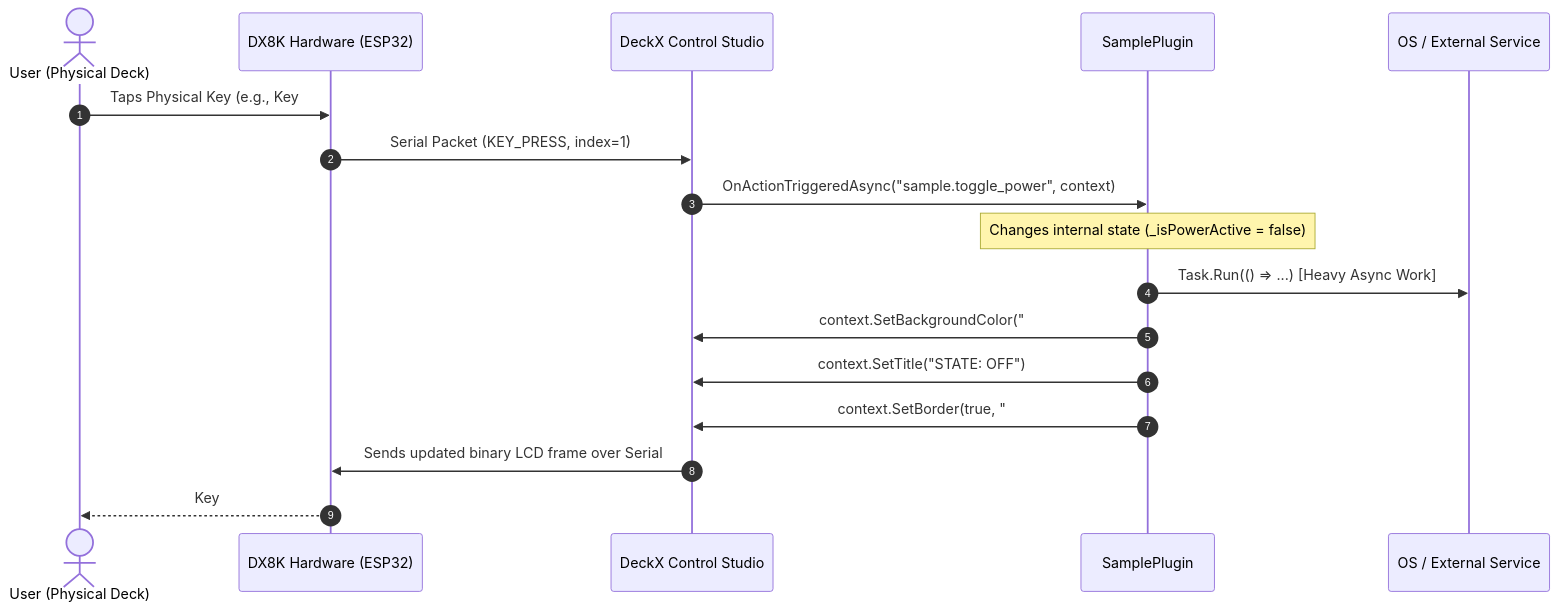
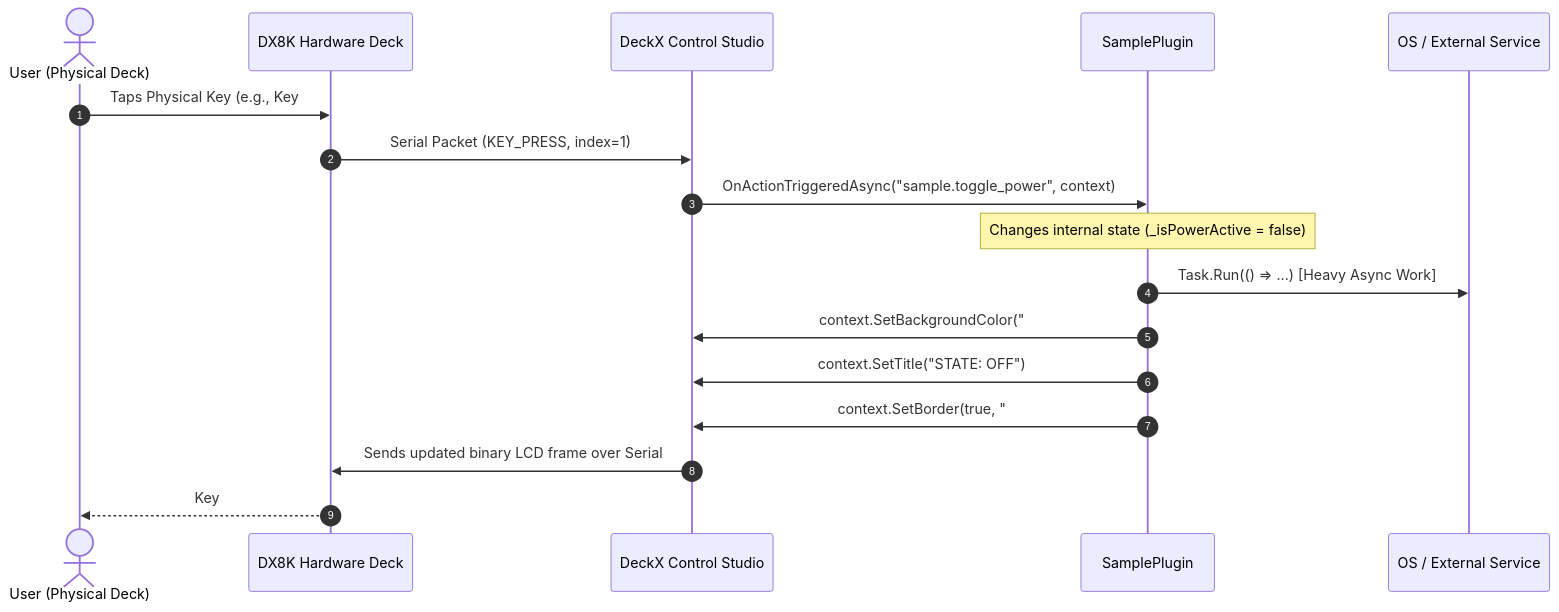
The first of 2 diagrams in DeckX.Plugin.SampleTemplate/DEVELOPER_GUIDE.md (DeckX-Development/dx8k-sample), drawn with Mermaid before and after one commit. The commit also changed other lines of this file and 4 other files, not shown here.

Commit message:
refactor: remove raw ESP/ESP32 hardware mentions in favor of DeckX DX8K hardware branding

````diff
--- a/DeckX.Plugin.SampleTemplate/DEVELOPER_GUIDE.md
+++ b/DeckX.Plugin.SampleTemplate/DEVELOPER_GUIDE.md
@@ -79,20 +79,20 @@
 ```mermaid
 sequenceDiagram
     autonumber
     actor User as User (Physical Deck)
-    participant HW as DX8K Hardware (ESP32)
+    participant HW as DX8K Hardware Deck
     participant Host as DeckX Control Studio
     participant Plugin as SamplePlugin
     participant OS as OS / External Service
 
     User->>HW: Taps Physical Key (e.g., Key #1)
     HW->>Host: Serial Packet (KEY_PRESS, index=1)
     Host->>Plugin: OnActionTriggeredAsync("sample.toggle_power", context)
     Note over Plugin: Changes internal state (_isPowerActive = false)
     Plugin->>OS: Task.Run(() => ...) [Heavy Async Work]
     Plugin->>Host: context.SetBackgroundColor("#EF4444")
     Plugin->>Host: context.SetTitle("STATE: OFF")
     Plugin->>Host: context.SetBorder(true, "#FFFFFF", 1.5)
     Host->>HW: Sends updated binary LCD frame over Serial
     HW-->>User: Key #1 display immediately turns Red
 ```
````
